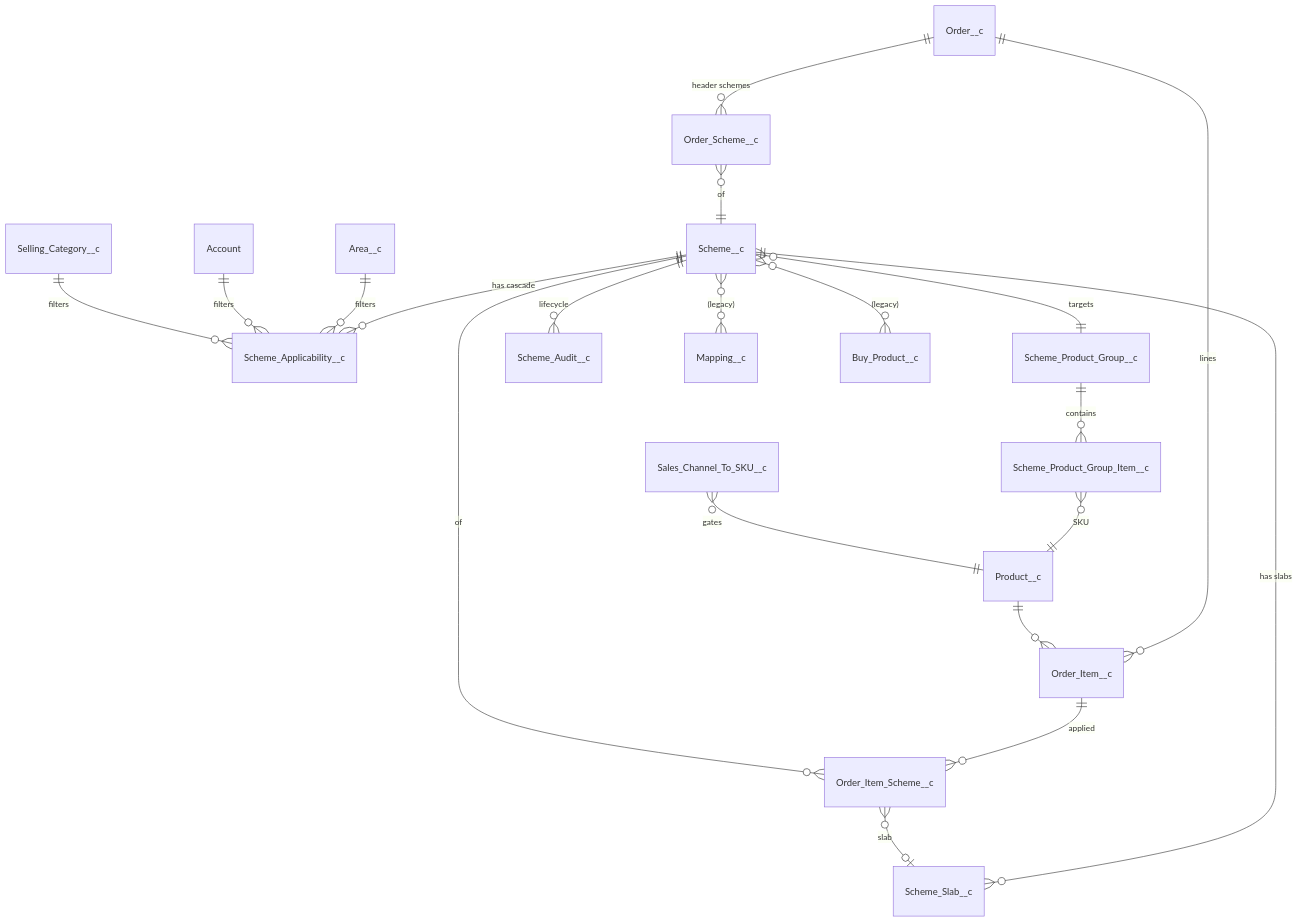
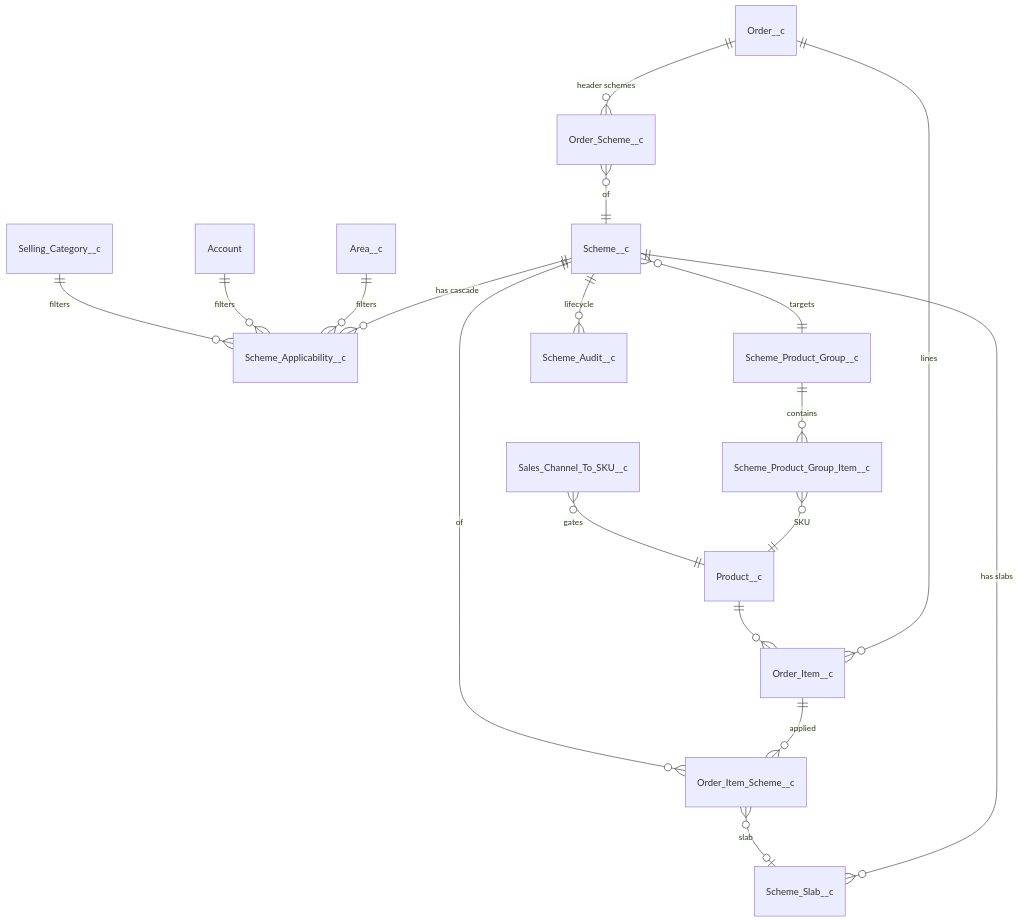
The first of 3 diagrams in docs/Scheme_Management_Architecture.md (support-fingertip/Elite-sbox), drawn with Mermaid before and after one commit. The commit also changed other lines of this file, not shown here.

````diff
--- a/docs/Scheme_Management_Architecture.md
+++ b/docs/Scheme_Management_Architecture.md
@@ -15,22 +15,20 @@
 ```mermaid
 erDiagram
     Scheme__c ||--o{ Scheme_Slab__c : "has slabs"
     Scheme__c ||--o{ Scheme_Applicability__c : "has cascade"
     Scheme__c }o--|| Scheme_Product_Group__c : "targets"
     Scheme_Product_Group__c ||--o{ Scheme_Product_Group_Item__c : "contains"
     Scheme_Product_Group_Item__c }o--|| Product__c : "SKU"
     Order__c ||--o{ Order_Item__c : "lines"
     Order_Item__c ||--o{ Order_Item_Scheme__c : "applied"
     Order_Item_Scheme__c }o--|| Scheme__c : "of"
     Order_Item_Scheme__c }o--o| Scheme_Slab__c : "slab"
     Order__c ||--o{ Order_Scheme__c : "header schemes"
     Order_Scheme__c }o--|| Scheme__c : "of"
     Scheme__c ||--o{ Scheme_Audit__c : "lifecycle"
-    Scheme__c }o--o{ Mapping__c : "(legacy)"
-    Scheme__c }o--o{ Buy_Product__c : "(legacy)"
     Area__c ||--o{ Scheme_Applicability__c : "filters"
     Account ||--o{ Scheme_Applicability__c : "filters"
     Selling_Category__c ||--o{ Scheme_Applicability__c : "filters"
     Product__c ||--o{ Order_Item__c : ""
     Sales_Channel_To_SKU__c }o--|| Product__c : "gates"
 ```
````
